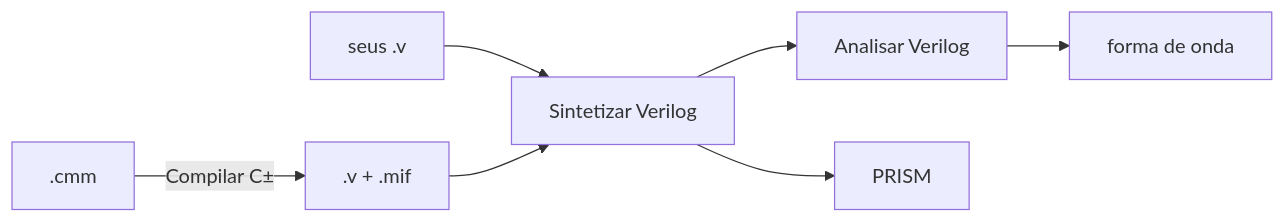
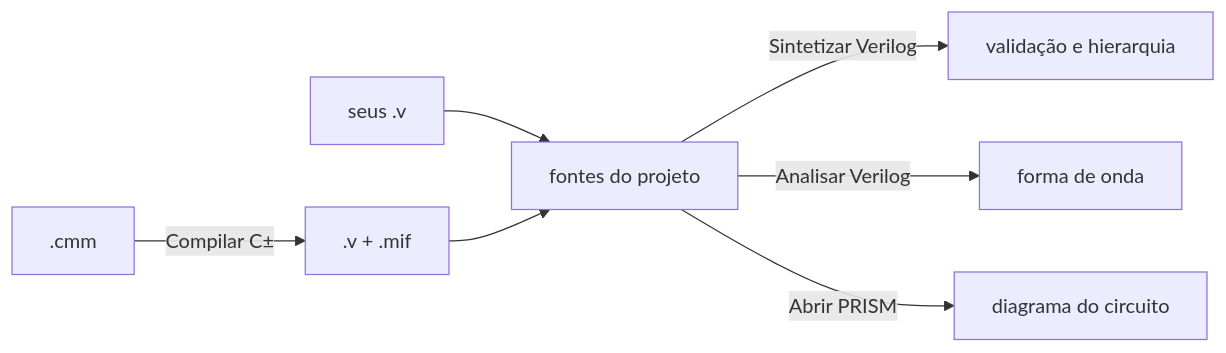
The diagram in source/referencia/folha-rapida.md (nipscernlab/docs_aurora), drawn with Mermaid before and after one commit. The commit also changed 5 other files, not shown here.

First line of the commit message:
Cartoes sem asteriscos, creditos enxutos e diagrama da folha corrigido

````diff
--- a/source/referencia/folha-rapida.md
+++ b/source/referencia/folha-rapida.md
@@ -7,9 +7,9 @@
 ```{mermaid}
 flowchart LR
   CMM[".cmm"] -->|"Compilar C±"| HW[".v + .mif"]
-  V["seus .v"] --> VAL
-  HW --> VAL["Sintetizar Verilog"]
-  VAL --> SIM["Analisar Verilog"]
-  SIM --> ONDA["forma de onda"]
-  VAL --> PRISM["PRISM"]
+  SEUS["seus .v"] --> FONTES["fontes do projeto"]
+  HW --> FONTES
+  FONTES -->|"Sintetizar Verilog"| VAL["validação e hierarquia"]
+  FONTES -->|"Analisar Verilog"| ONDA["forma de onda"]
+  FONTES -->|"Abrir PRISM"| PRISM["diagrama do circuito"]
 ```
````
